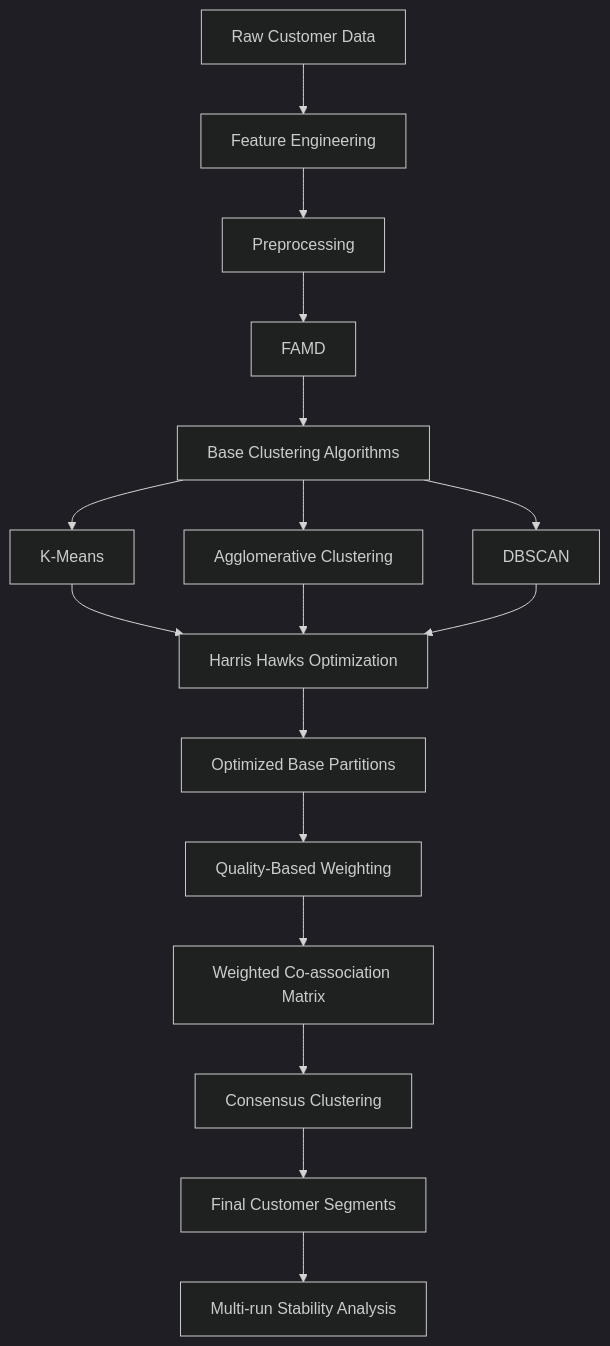
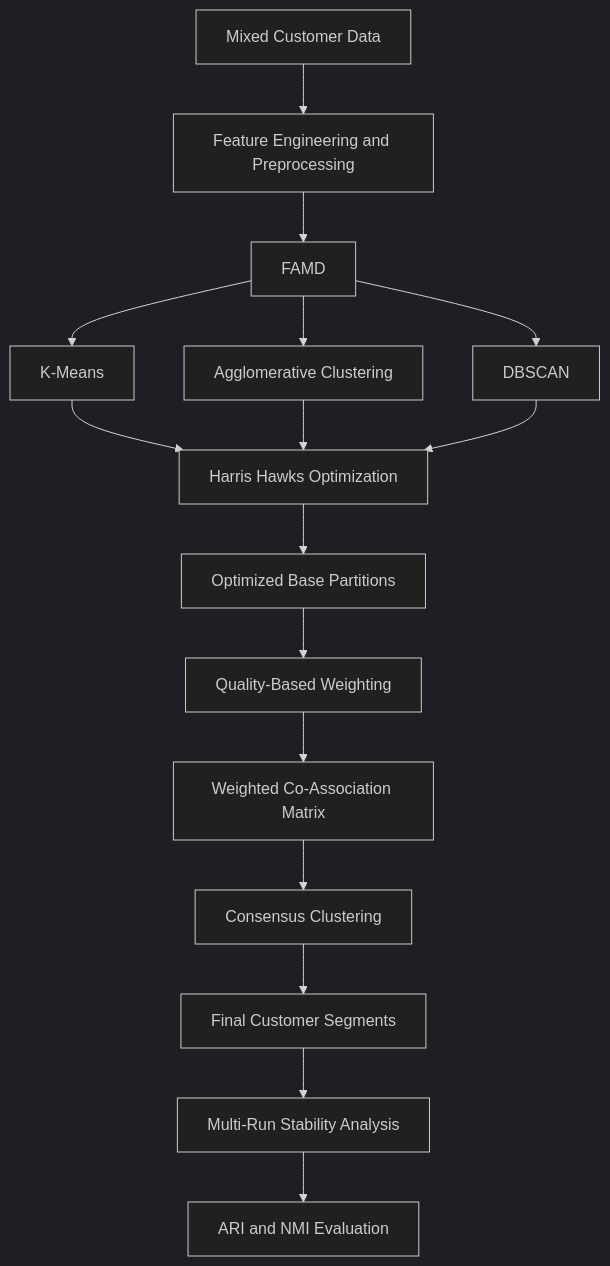
The second of 2 diagrams in 7(Research-Thesis)/README.md (sina-iranian/PROJECTS), drawn with Mermaid (dark theme) before and after one commit. The commit also changed other lines of this file, not shown here.

````diff
--- a/7(Research-Thesis)/README.md
+++ b/7(Research-Thesis)/README.md
@@ -40,22 +117,21 @@
 ```mermaid
 flowchart TD
-    A[Raw Customer Data] --> B[Feature Engineering]
-    B --> C[Preprocessing]
-    C --> D[FAMD]
-    D --> E[Base Clustering Algorithms]
+    A[Mixed Customer Data] --> B[Feature Engineering and Preprocessing]
+    B --> C[FAMD]
 
-    E --> F[K-Means]
-    E --> G[Agglomerative Clustering]
-    E --> H[DBSCAN]
+    C --> D[K-Means]
+    C --> E[Agglomerative Clustering]
+    C --> F[DBSCAN]
 
-    F --> I[Harris Hawks Optimization]
-    G --> I
-    H --> I
+    D --> G[Harris Hawks Optimization]
+    E --> G
+    F --> G
 
-    I --> J[Optimized Base Partitions]
-    J --> K[Quality-Based Weighting]
-    K --> L[Weighted Co-association Matrix]
-    L --> M[Consensus Clustering]
-    M --> N[Final Customer Segments]
-    N --> O[Multi-run Stability Analysis]
+    G --> H[Optimized Base Partitions]
+    H --> I[Quality-Based Weighting]
+    I --> J[Weighted Co-Association Matrix]
+    J --> K[Consensus Clustering]
+    K --> L[Final Customer Segments]
+    L --> M[Multi-Run Stability Analysis]
+    M --> N[ARI and NMI Evaluation]
 ```
````
